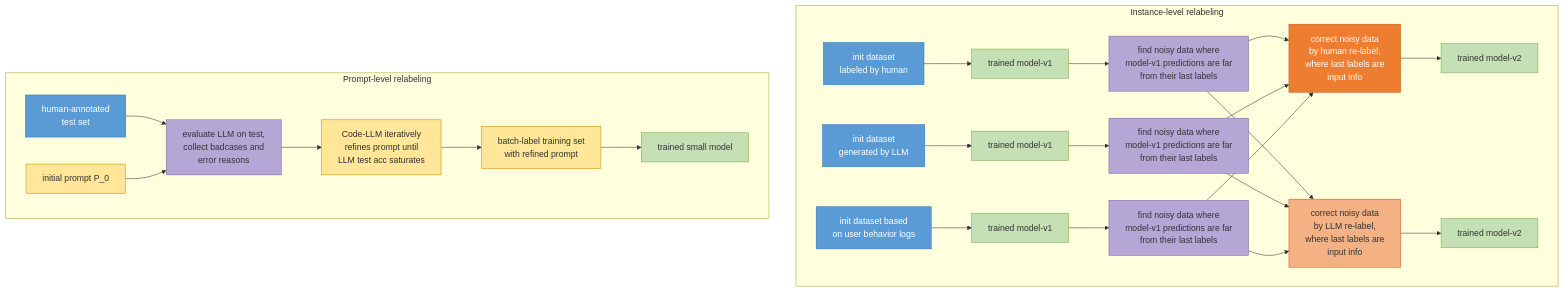
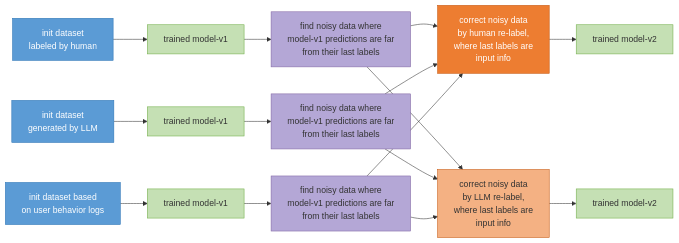
The first of 2 diagrams in core_research/_posts/2025-10-01-unified-nlp.md (guotong1988/guotong1988.github.io), drawn with Mermaid before and after one commit. The commit also changed other lines of this file, not shown here.

````diff
--- a/core_research/_posts/2025-10-01-unified-nlp.md
+++ b/core_research/_posts/2025-10-01-unified-nlp.md
@@ -30,47 +32,33 @@
 ```mermaid
-flowchart TB
-    subgraph Inst["Instance-level relabeling"]
-        direction LR
-        A1["init dataset<br/>labeled by human"] --> B1["trained model-v1"]
-        B1 --> C1["find noisy data where<br/>model-v1 predictions are far<br/>from their last labels"]
+flowchart LR
+    A1["init dataset<br/>labeled by human"] --> B1["trained model-v1"]
+    B1 --> C1["find noisy data where<br/>model-v1 predictions are far<br/>from their last labels"]
 
-        A2["init dataset<br/>generated by LLM"] --> B2["trained model-v1"]
-        B2 --> C2["find noisy data where<br/>model-v1 predictions are far<br/>from their last labels"]
+    A2["init dataset<br/>generated by LLM"] --> B2["trained model-v1"]
+    B2 --> C2["find noisy data where<br/>model-v1 predictions are far<br/>from their last labels"]
 
-        A3["init dataset based<br/>on user behavior logs"] --> B3["trained model-v1"]
-        B3 --> C3["find noisy data where<br/>model-v1 predictions are far<br/>from their last labels"]
+    A3["init dataset based<br/>on user behavior logs"] --> B3["trained model-v1"]
+    B3 --> C3["find noisy data where<br/>model-v1 predictions are far<br/>from their last labels"]
 
-        C1 --> H["correct noisy data<br/>by human re-label,<br/>where last labels are<br/>input info"]
-        C2 --> H
-        C3 --> H
-        C1 --> L["correct noisy data<br/>by LLM re-label,<br/>where last labels are<br/>input info"]
-        C2 --> L
-        C3 --> L
+    C1 --> H["correct noisy data<br/>by human re-label,<br/>where last labels are<br/>input info"]
+    C2 --> H
+    C3 --> H
+    C1 --> L["correct noisy data<br/>by LLM re-label,<br/>where last labels are<br/>input info"]
+    C2 --> L
+    C3 --> L
 
-        H --> V2H["trained model-v2"]
-        L --> V2L["trained model-v2"]
-    end
-
-    subgraph Prompt["Prompt-level relabeling"]
-        direction LR
-        T["human-annotated<br/>test set"] --> E["evaluate LLM on test,<br/>collect badcases and<br/>error reasons"]
-        P0["initial prompt P_0"] --> E
-        E --> R["Code-LLM iteratively<br/>refines prompt until<br/>LLM test acc saturates"]
-        R --> BL["batch-label training set<br/>with refined prompt"]
-        BL --> SM["trained small model"]
-    end
+    H --> V2H["trained model-v2"]
+    L --> V2L["trained model-v2"]
 
     classDef init fill:#5B9BD5,stroke:#2E75B6,color:#fff
     classDef model fill:#C5E0B4,stroke:#70AD47
     classDef noisy fill:#B4A7D6,stroke:#8064A2
     classDef human fill:#ED7D31,stroke:#C65911,color:#fff
     classDef llm fill:#F4B183,stroke:#C65911
-    classDef prompt fill:#FFE699,stroke:#BF8F00
 
-    class A1,A2,A3,T init
-    class B1,B2,B3,V2H,V2L,SM model
-    class C1,C2,C3,E noisy
+    class A1,A2,A3 init
+    class B1,B2,B3,V2H,V2L model
+    class C1,C2,C3 noisy
     class H human
     class L llm
-    class P0,R,BL prompt
 ```
````
